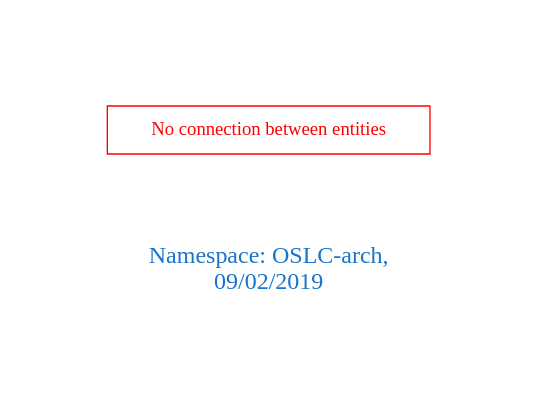
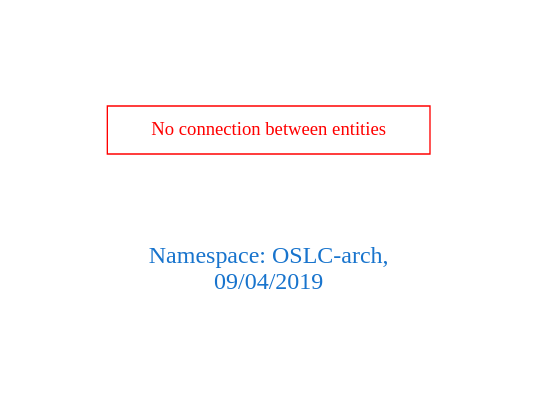
Before and after one commit to arago/OGIT: the diagram in downloads/OSLC-arch.dot, drawn with Graphviz. The commit also changed 148 other files, not shown here.

```diff
--- a/downloads/OSLC-arch.dot
+++ b/downloads/OSLC-arch.dot
@@ -1,9 +1,9 @@
 digraph OGIT_ontology {
  graph [ rankdir= LR,pad=1 
 fontsize = 18,
-fontcolor= dodgerblue3,label = "\n\n\nNamespace: OSLC-arch, \n 09/02/2019"];
+fontcolor= dodgerblue3,label = "\n\n\nNamespace: OSLC-arch, \n 09/04/2019"];
 node[shape=polygon];
 edge [  color="gray81"];
 
 "No connection between entities" [fontcolor = "red",color="red", shape="polygon"]
 }
```
